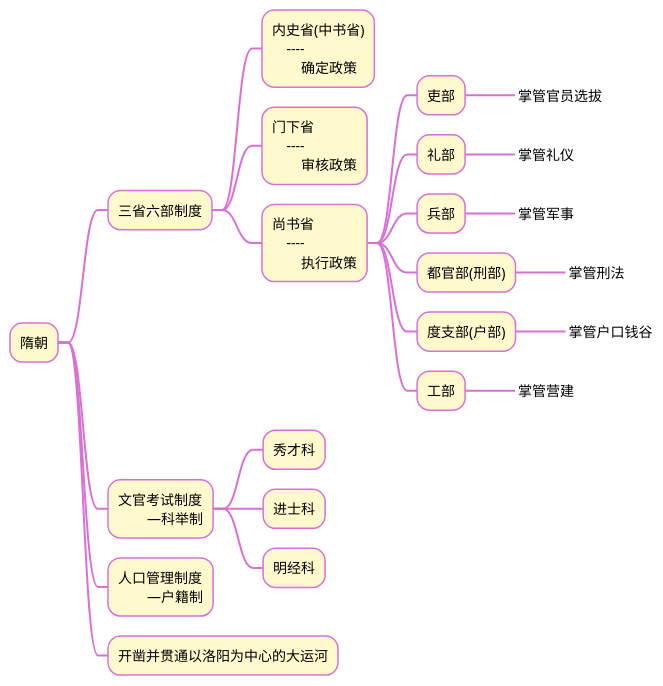
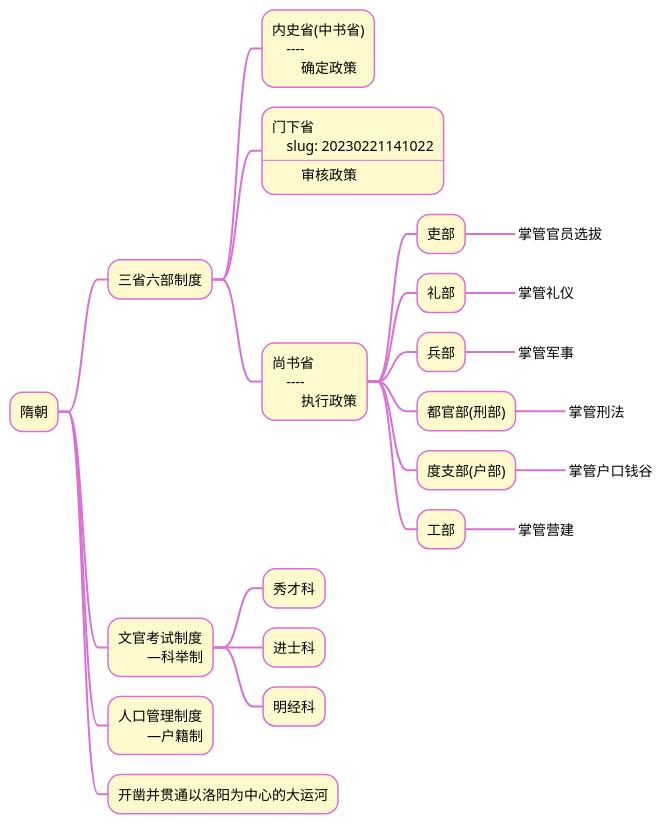
Before and after one commit to aqchenjun/hugo-docsy: the second of 2 diagrams in content/cn/blog/第六讲 胡人汉化与汉人胡华的时代.md, drawn with PlantUML. The commit also changed other lines of this file and 71 other files, not shown here.

````diff
--- a/content/cn/blog/第六讲 胡人汉化与汉人胡华的时代.md
+++ b/content/cn/blog/第六讲 胡人汉化与汉人胡华的时代.md
@@ -50,39 +52,40 @@
 ```plantuml
 @startmindmap Mindmap
     skinparam ArrowColor orchid
     skinparam ArrowThickness 2
     skinparam NodeBackgroundColor lemonchiffon
     skinparam NodeBorderColor orchid
     * 隋朝
     ** 三省六部制度
     ***:内史省(中书省)
     ----
         确定政策;
     ***:门下省
-    ----
+    slug: 20230221141022
+----
         审核政策;
     ***:尚书省
     ----
         执行政策;
     **** 吏部
     *****_ 掌管官员选拔
     **** 礼部
     *****_ 掌管礼仪
     **** 兵部
     *****_ 掌管军事
     **** 都官部(刑部)
     *****_ 掌管刑法
     **** 度支部(户部)
     *****_ 掌管户口钱谷
     **** 工部
     *****_ 掌管营建
     **:文官考试制度
         —科举制;
     *** 秀才科
     *** 进士科
     *** 明经科
     **:人口管理制度
         —户籍制;
     ** 开凿并贯通以洛阳为中心的大运河
     @endmindmap
 ```
````
